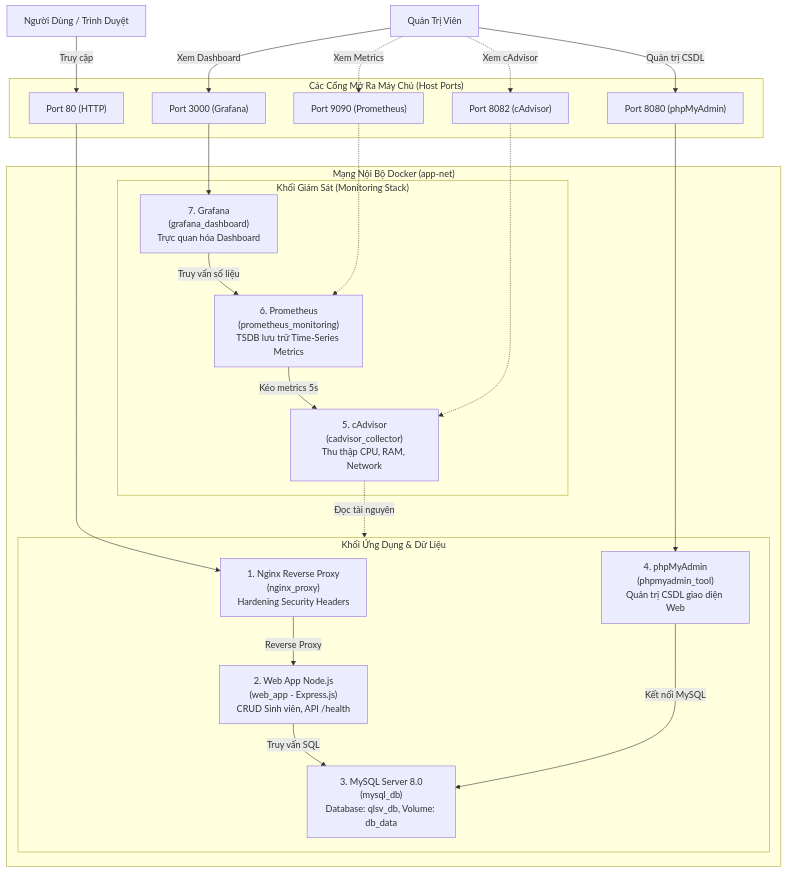
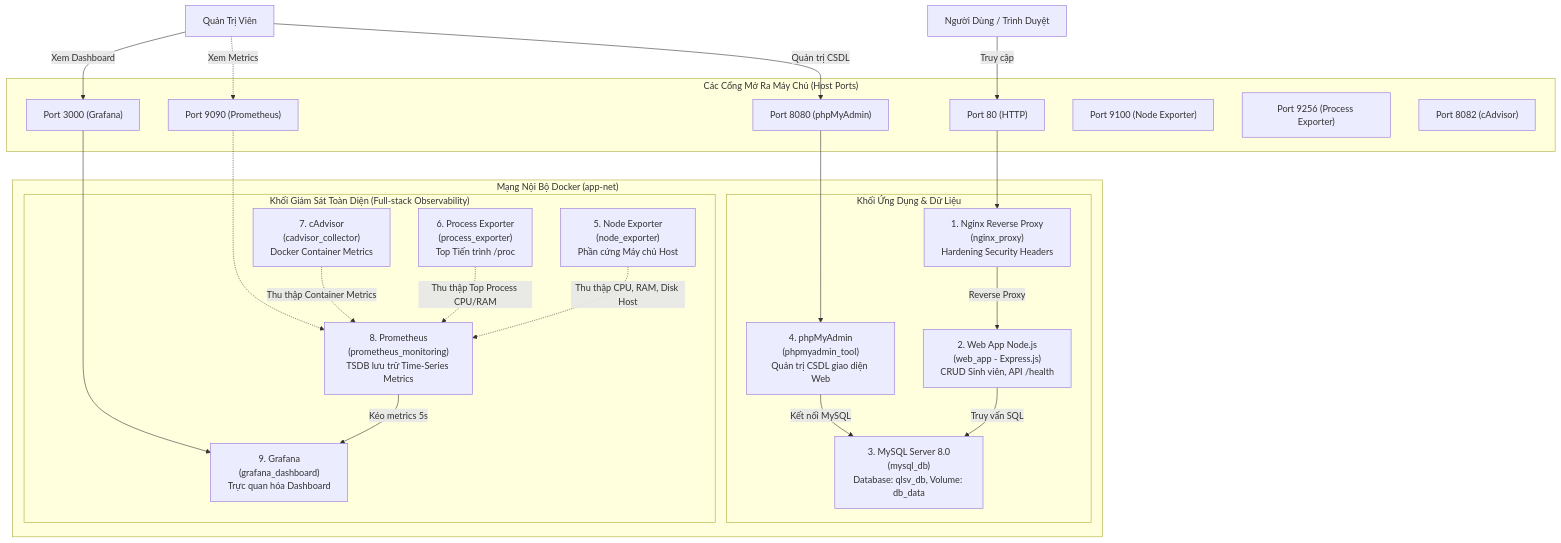
Before and after one commit to SeoTrang/vt-sinh-monitoring: the diagram in ARCHITECTURE.md, drawn with Mermaid. The commit also changed 6 other files, not shown here.

````diff
--- a/ARCHITECTURE.md
+++ b/ARCHITECTURE.md
@@ -20,50 +20,53 @@
 ```mermaid
 flowchart TD
     User["Người Dùng / Trình Duyệt"]
     Admin["Quản Trị Viên"]
 
     subgraph HostPorts ["Các Cổng Mở Ra Máy Chủ (Host Ports)"]
         P80["Port 80 (HTTP)"]
         P8080["Port 8080 (phpMyAdmin)"]
         P3000["Port 3000 (Grafana)"]
+        P9090["Port 9090 (Prometheus)"]
+        P9100["Port 9100 (Node Exporter)"]
+        P9256["Port 9256 (Process Exporter)"]
         P8082["Port 8082 (cAdvisor)"]
-        P9090["Port 9090 (Prometheus)"]
     end
 
     subgraph DockerNet ["Mạng Nội Bộ Docker (app-net)"]
         subgraph AppStack ["Khối Ứng Dụng & Dữ Liệu"]
             Nginx["1. Nginx Reverse Proxy<br/>(nginx_proxy)<br/>Hardening Security Headers"]
             NodeApp["2. Web App Node.js<br/>(web_app - Express.js)<br/>CRUD Sinh viên, API /health"]
             MySQL["3. MySQL Server 8.0<br/>(mysql_db)<br/>Database: qlsv_db, Volume: db_data"]
             PMA["4. phpMyAdmin<br/>(phpmyadmin_tool)<br/>Quản trị CSDL giao diện Web"]
         end
 
-        subgraph MonitorStack ["Khối Giám Sát (Monitoring Stack)"]
-            cAdv["5. cAdvisor<br/>(cadvisor_collector)<br/>Thu thập CPU, RAM, Network"]
-            Prom["6. Prometheus<br/>(prometheus_monitoring)<br/>TSDB lưu trữ Time-Series Metrics"]
-            Graf["7. Grafana<br/>(grafana_dashboard)<br/>Trực quan hóa Dashboard"]
+        subgraph MonitorStack ["Khối Giám Sát Toàn Diện (Full-stack Observability)"]
+            NodeExp["5. Node Exporter<br/>(node_exporter)<br/>Phần cứng Máy chủ Host"]
+            ProcExp["6. Process Exporter<br/>(process_exporter)<br/>Top Tiến trình /proc"]
+            cAdv["7. cAdvisor<br/>(cadvisor_collector)<br/>Docker Container Metrics"]
+            Prom["8. Prometheus<br/>(prometheus_monitoring)<br/>TSDB lưu trữ Time-Series Metrics"]
+            Graf["9. Grafana<br/>(grafana_dashboard)<br/>Trực quan hóa Dashboard"]
         end
     end
 
     %% Luồng người dùng
     User -->|Truy cập| P80
     P80 --> Nginx
     Nginx -->|Reverse Proxy| NodeApp
     NodeApp -->|Truy vấn SQL| MySQL
 
     %% Luồng quản trị CSDL
     Admin -->|Quản trị CSDL| P8080
     P8080 --> PMA
     PMA -->|Kết nối MySQL| MySQL
 
     %% Luồng giám sát
-    cAdv -.->|Đọc tài nguyên| AppStack
-    Prom -->|Kéo metrics 5s| cAdv
-    Graf -->|Truy vấn số liệu| Prom
+    NodeExp -.->|Thu thập CPU, RAM, Disk Host| Prom
+    ProcExp -.->|Thu thập Top Process CPU/RAM| Prom
+    cAdv -.->|Thu thập Container Metrics| Prom
+    Prom -->|Kéo metrics 5s| Graf
     Admin -->|Xem Dashboard| P3000
     P3000 --> Graf
     Admin -.->|Xem Metrics| P9090
     P9090 -.-> Prom
-    Admin -.->|Xem cAdvisor| P8082
-    P8082 -.-> cAdv
 ```
````
